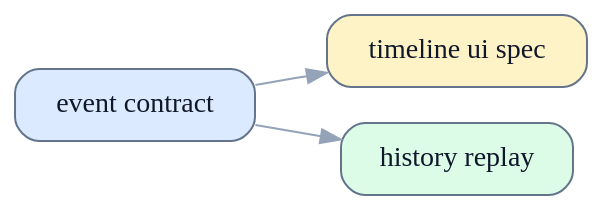
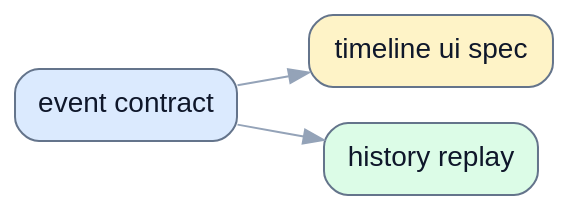
The diagram in skills/write-doc/modes/contract/templates/contract-overview-readme-template.md (terencefan/inority-workspace), drawn with Graphviz before and after one commit. The commit also changed 36 other files, not shown here.

Commit message:
feat: standardize project docs and CJK diagrams

````diff
--- a/skills/write-doc/modes/contract/templates/contract-overview-readme-template.md
+++ b/skills/write-doc/modes/contract/templates/contract-overview-readme-template.md
@@ -19,15 +19,15 @@
 ```dot
 digraph ContractReadOrder {
   rankdir=LR;
-  graph [bgcolor="transparent"];
-  node [shape=box, style="rounded,filled", color="#64748b", fontcolor="#0f172a", fillcolor="#f8fafc"];
-  edge [color="#94a3b8", fontcolor="#94a3b8"];
+  graph [bgcolor="transparent", fontname="sans-serif"];
+  node [fontname="sans-serif", shape=box, style="rounded,filled", color="#64748b", fontcolor="#0f172a", fillcolor="#f8fafc"];
+  edge [fontname="sans-serif", color="#94a3b8", fontcolor="#94a3b8"];
 
   contract [label="event contract", fillcolor="#dbeafe"];
   ui [label="timeline ui spec", fillcolor="#fef3c7"];
   replay [label="history replay", fillcolor="#dcfce7"];
 
   contract -> ui;
   contract -> replay;
 }
 ```
````
